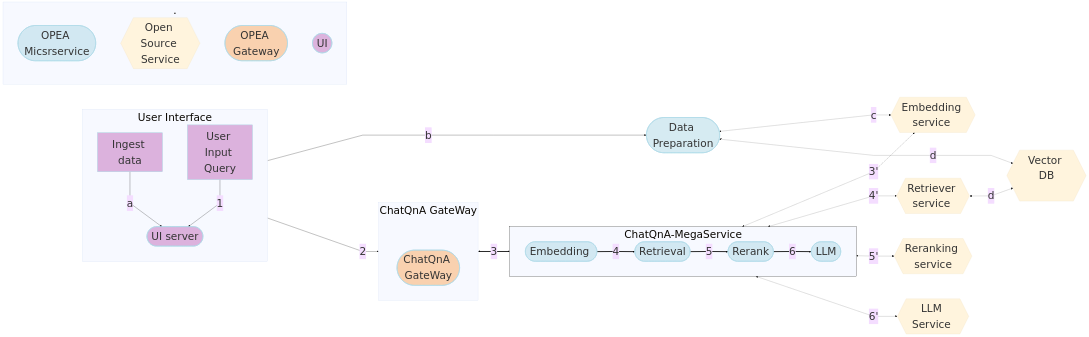
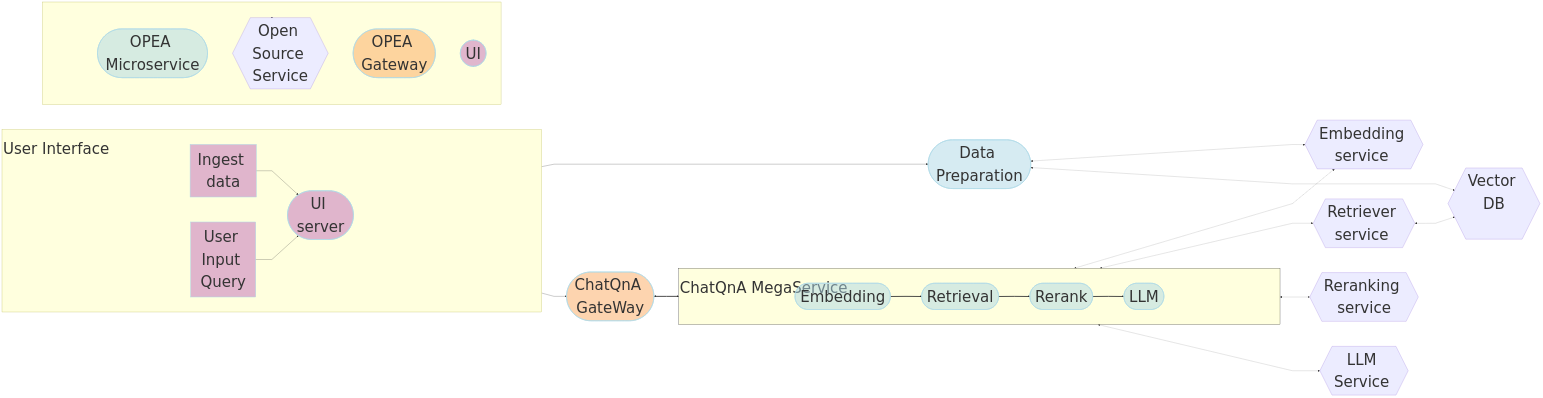
Before and after one commit to opea-project/GenAIExamples: the diagram in ChatQnA/README.md, drawn with Mermaid.

````diff
--- a/ChatQnA/README.md
+++ b/ChatQnA/README.md
@@ -13,84 +13,83 @@
 ```mermaid
 ---
 config:
   flowchart:
     nodeSpacing: 100
     rankSpacing: 100
     curve: linear
-  theme: base
   themeVariables:
-    fontSize: 42px
+    fontSize: 60px
 ---
 flowchart LR
     %% Colors %%
     classDef blue fill:#ADD8E6,stroke:#ADD8E6,stroke-width:2px,fill-opacity:0.5
     classDef orange fill:#FBAA60,stroke:#ADD8E6,stroke-width:2px,fill-opacity:0.5
     classDef orchid fill:#C26DBC,stroke:#ADD8E6,stroke-width:2px,fill-opacity:0.5
     classDef invisible fill:transparent,stroke:transparent;
     style ChatQnA-MegaService stroke:#000000
     %% Subgraphs %%
-    subgraph ChatQnA-MegaService["ChatQnA-MegaService"]
+
+    subgraph ChatQnA-MegaService["<div style="margin:1ex 52ex 0 0;"> ChatQnA MegaService <br></div>"]
         direction LR
-        EM([Embedding <br>]):::blue
-        RET([Retrieval <br>]):::blue
-        RER([Rerank <br>]):::blue
-        LLM([LLM <br>]):::blue
+        EM([Embedding]):::blue
+        RET([Retrieval ]):::blue
+        RER([Rerank ]):::blue
+        LLM([LLM ]):::blue
     end
-    subgraph User Interface
-        direction TB
+    subgraph UserInterface["<div style="margin:1ex 52ex 0 0;"> User Interface </div>"]
+        direction LR
         a([User Input Query]):::orchid
         Ingest([Ingest data]):::orchid
         UI([UI server<br>]):::orchid
     end
-    subgraph ChatQnA GateWay
-        direction LR
+    subgraph .
+        direction TB
         invisible1[ ]:::invisible
-        GW([ChatQnA GateWay<br>]):::orange
-    end
-    subgraph .
-        X([OPEA Micsrservice]):::blue
+        X([OPEA Microservice]):::blue
         Y{{Open Source Service}}
         Z([OPEA Gateway]):::orange
         Z1([UI]):::orchid
     end
+
 
     TEI_RER{{Reranking service<br>}}
     TEI_EM{{Embedding service <br>}}
     VDB{{Vector DB<br><br>}}
     R_RET{{Retriever service <br>}}
     DP([Data Preparation<br>]):::blue
     LLM_gen{{LLM Service <br>}}
+    GW([ChatQnA GateWay<br>]):::orange
 
     %% Data Preparation flow
     %% Ingest data flow
     direction LR
-    Ingest[Ingest data] -->|a| UI
-    UI -->|b| DP
-    DP <-.->|c| TEI_EM
+    Ingest[Ingest data] --> UI
+    UI --> DP
+    DP <-.-> TEI_EM
 
     %% Questions interaction
     direction LR
-    a[User Input Query] -->|1| UI
-    UI -->|2| GW
-    GW <==>|3| ChatQnA-MegaService
-    EM ==>|4| RET
-    RET ==>|5| RER
-    RER ==>|6| LLM
+    a[User Input Query] --> UI
+    UI --> GW
+    GW <==> ChatQnA-MegaService
+    EM ==> RET
+    RET ==> RER
+    RER ==> LLM
 
 
     %% Embedding service flow
-    direction TB
-    EM <-.->|3'| TEI_EM
-    RET <-.->|4'| R_RET
-    RER <-.->|5'| TEI_RER
-    LLM <-.->|6'| LLM_gen
+    direction LR
+    EM <-.-> TEI_EM
+    RET <-.-> R_RET
+    RER <-.-> TEI_RER
+    LLM <-.-> LLM_gen
 
     direction TB
     %% Vector DB interaction
-    R_RET <-.->|d|VDB
-    DP <-.->|d|VDB
+    R_RET <-.->VDB
+    DP <-.->VDB
 
 
 
 
 ```
````
